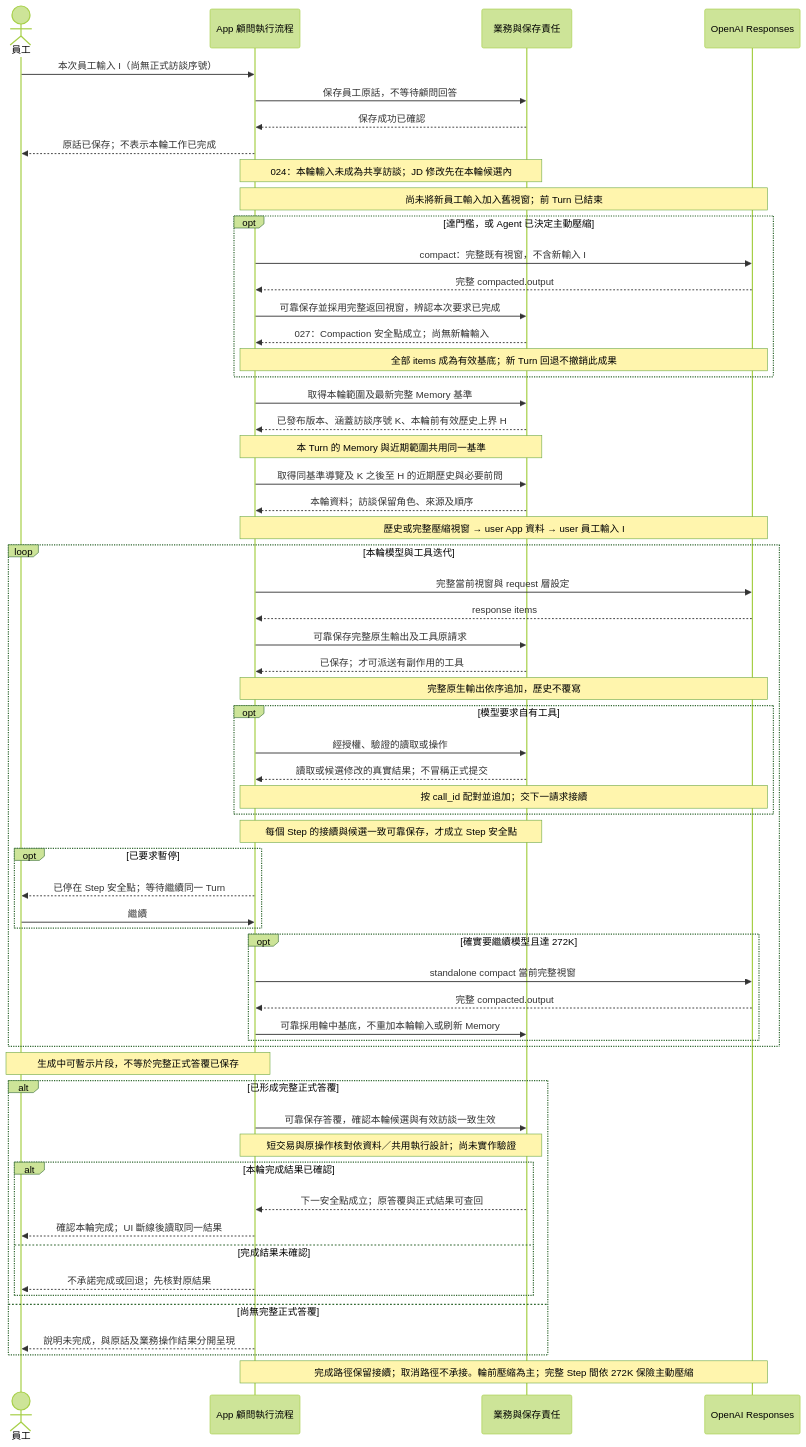
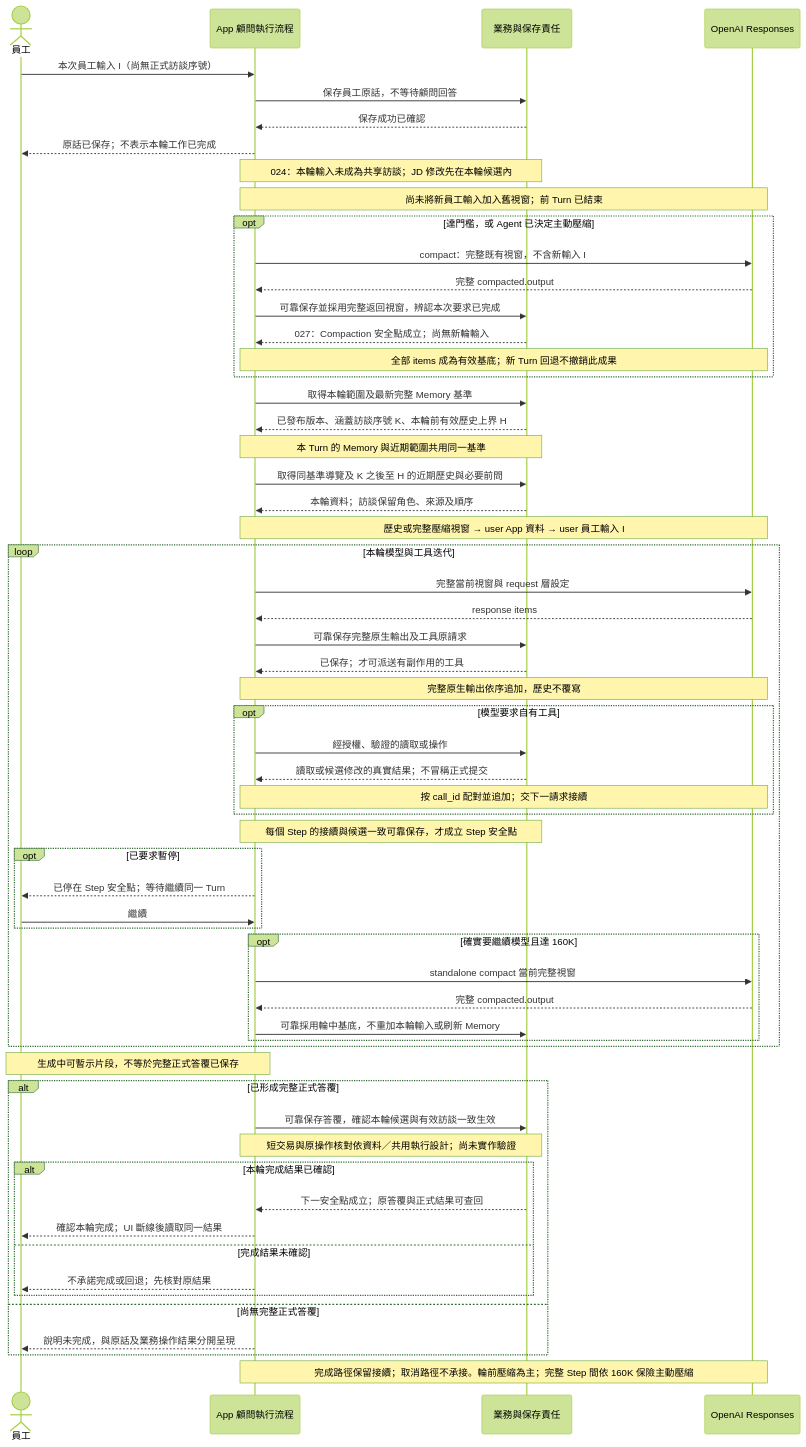
Before and after one commit to JD-Consultant/Caliburn: the first of 2 diagrams in docs/specs/2026-09-26-consultant-context-and-state-design.md, drawn with Mermaid (forest theme). The commit also changed other lines of this file and 16 other files, not shown here.

````diff
--- a/docs/specs/2026-09-26-consultant-context-and-state-design.md
+++ b/docs/specs/2026-09-26-consultant-context-and-state-design.md
@@ -181,62 +181,62 @@
 ```mermaid
 sequenceDiagram
     actor E as 員工
     participant R as App 顧問執行流程
     participant D as 業務與保存責任
     participant O as OpenAI Responses
     E->>R: 本次員工輸入 I（尚無正式訪談序號）
     R->>D: 保存員工原話，不等待顧問回答
     D-->>R: 保存成功已確認
     R-->>E: 原話已保存；不表示本輪工作已完成
     Note over R,D: 024：本輪輸入未成為共享訪談；JD 修改先在本輪候選內
     Note over R,O: 尚未將新員工輸入加入舊視窗；前 Turn 已結束
     opt 達門檻，或 Agent 已決定主動壓縮
         R->>O: compact：完整既有視窗，不含新輸入 I
         O-->>R: 完整 compacted.output
         R->>D: 可靠保存並採用完整返回視窗，辨認本次要求已完成
         D-->>R: 027：Compaction 安全點成立；尚無新輪輸入
         Note over R,O: 全部 items 成為有效基底；新 Turn 回退不撤銷此成果
     end
     R->>D: 取得本輪範圍及最新完整 Memory 基準
     D-->>R: 已發布版本、涵蓋訪談序號 K、本輪前有效歷史上界 H
     Note over R,D: 本 Turn 的 Memory 與近期範圍共用同一基準
     R->>D: 取得同基準導覽及 K 之後至 H 的近期歷史與必要前問
     D-->>R: 本輪資料；訪談保留角色、來源及順序
     Note over R,O: 歷史或完整壓縮視窗 → user App 資料 → user 員工輸入 I
     loop 本輪模型與工具迭代
         R->>O: 完整當前視窗與 request 層設定
         O-->>R: response items
         R->>D: 可靠保存完整原生輸出及工具原請求
         D-->>R: 已保存；才可派送有副作用的工具
         Note over R,O: 完整原生輸出依序追加，歷史不覆寫
         opt 模型要求自有工具
             R->>D: 經授權、驗證的讀取或操作
             D-->>R: 讀取或候選修改的真實結果；不冒稱正式提交
             Note over R,O: 按 call_id 配對並追加；交下一請求接續
         end
         Note over R,D: 每個 Step 的接續與候選一致可靠保存，才成立 Step 安全點
         opt 已要求暫停
             R-->>E: 已停在 Step 安全點；等待繼續同一 Turn
             E->>R: 繼續
         end
-        opt 確實要繼續模型且達 272K
+        opt 確實要繼續模型且達 160K
             R->>O: standalone compact 當前完整視窗
             O-->>R: 完整 compacted.output
             R->>D: 可靠採用輪中基底，不重加本輪輸入或刷新 Memory
         end
     end
     Note over R,E: 生成中可暫示片段，不等於完整正式答覆已保存
     alt 已形成完整正式答覆
         R->>D: 可靠保存答覆，確認本輪候選與有效訪談一致生效
         Note over R,D: 短交易與原操作核對依資料／共用執行設計；尚未實作驗證
         alt 本輪完成結果已確認
             D-->>R: 下一安全點成立；原答覆與正式結果可查回
             R-->>E: 確認本輪完成；UI 斷線後讀取同一結果
         else 完成結果未確認
             R-->>E: 不承諾完成或回退；先核對原結果
         end
     else 尚無完整正式答覆
         R-->>E: 說明未完成，與原話及業務操作結果分開呈現
     end
-    Note over R,O: 完成路徑保留接續；取消路徑不承接。輪前壓縮為主；完整 Step 間依 272K 保險主動壓縮
+    Note over R,O: 完成路徑保留接續；取消路徑不承接。輪前壓縮為主；完整 Step 間依 160K 保險主動壓縮
 ```
````
